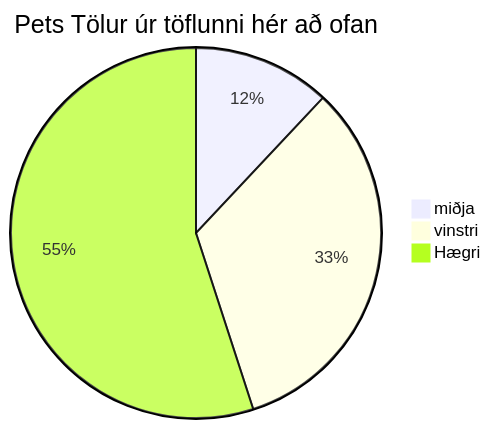
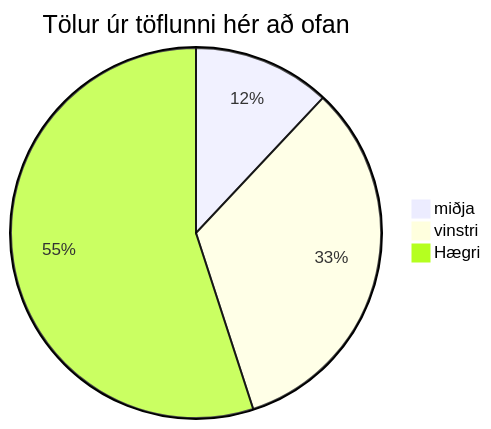
The diagram in Verkefni-1/README.md (andriblaer/vesm1kt), drawn with Mermaid before and after one commit.

````diff
--- a/Verkefni-1/README.md
+++ b/Verkefni-1/README.md
@@ -25,6 +25,6 @@
 ```mermaid
-pie title Pets Tölur úr töflunni hér að ofan
+pie title Tölur úr töflunni hér að ofan
     "miðja" : 12
     "vinstri" : 33
     "Hægri" : 55
 ```
````
